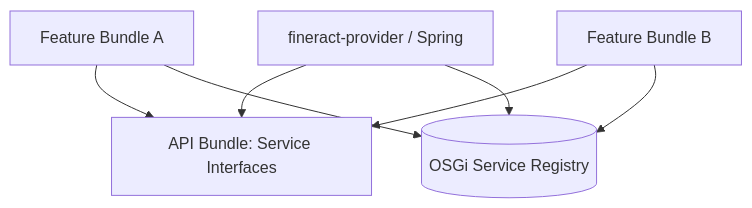
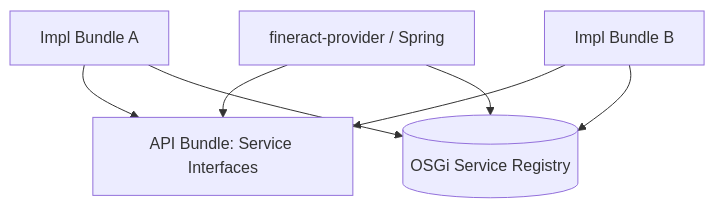
The sixth of 11 diagrams in docs/arc42/06_crosscutting_concepts.md (RainerMaxWallscheid/fineract-osgi), drawn with Mermaid before and after one commit. The commit also changed other lines of this file and 71 other files, not shown here.

````diff
--- a/docs/arc42/06_crosscutting_concepts.md
+++ b/docs/arc42/06_crosscutting_concepts.md
@@ -318,15 +321,15 @@
 ```mermaid
 flowchart TB
     Core[fineract-provider / Spring]
     API[API Bundle: Service Interfaces]
-    Impl1[Feature Bundle A]
-    Impl2[Feature Bundle B]
+    Impl1[Impl Bundle A]
+    Impl2[Impl Bundle B]
     Reg[(OSGi Service Registry)]
 
     Core --> API
     Impl1 --> API
     Impl2 --> API
     Impl1 --> Reg
     Impl2 --> Reg
     Core --> Reg
 ```
````
